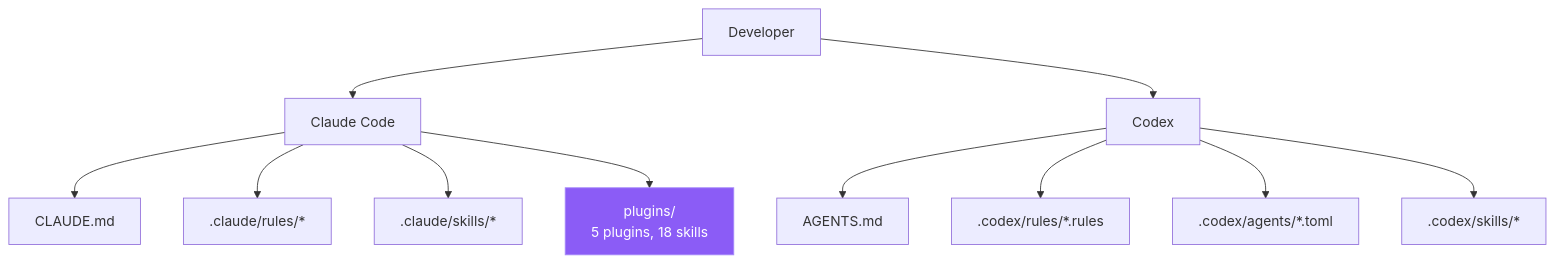
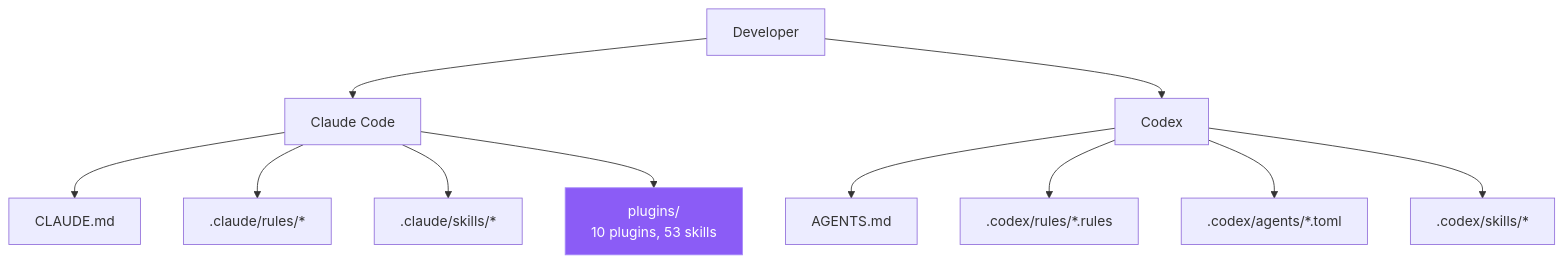
Diagram 21 of 48 in ARCHITECTURE.md (zhangqinzhong/Claude-Code-Agent-Monitor), drawn with Mermaid before and after one commit. The commit also changed other lines of this file and 8 other files, not shown here.

````diff
--- a/ARCHITECTURE.md
+++ b/ARCHITECTURE.md
@@ -1417,17 +1422,17 @@
 ```mermaid
 graph TD
     USER["Developer"] --> CLAUDE["Claude Code"]
     USER --> CODEX["Codex"]
 
     CLAUDE --> C_MEM["CLAUDE.md"]
     CLAUDE --> C_RULES[".claude/rules/*"]
     CLAUDE --> C_SKILLS[".claude/skills/*"]
-    CLAUDE --> C_PLUGINS["plugins/<br/>5 plugins, 18 skills"]
+    CLAUDE --> C_PLUGINS["plugins/<br/>10 plugins, 53 skills"]
 
     CODEX --> X_MEM["AGENTS.md"]
     CODEX --> X_RULES[".codex/rules/*.rules"]
     CODEX --> X_AGENTS[".codex/agents/*.toml"]
     CODEX --> X_SKILLS[".codex/skills/*"]
 
     style C_PLUGINS fill:#8b5cf6,stroke:#a78bfa,color:#fff
 ```
````
